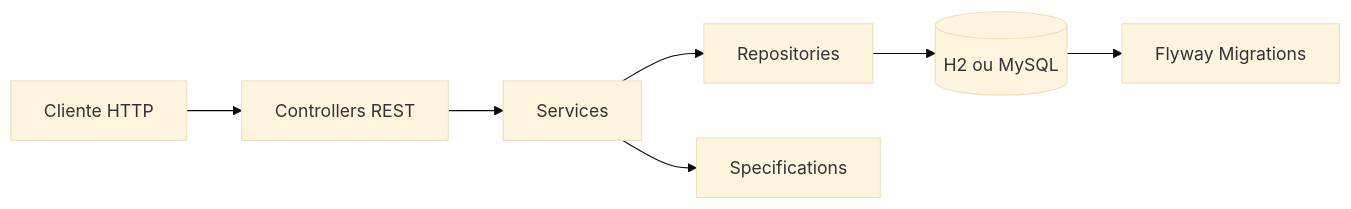
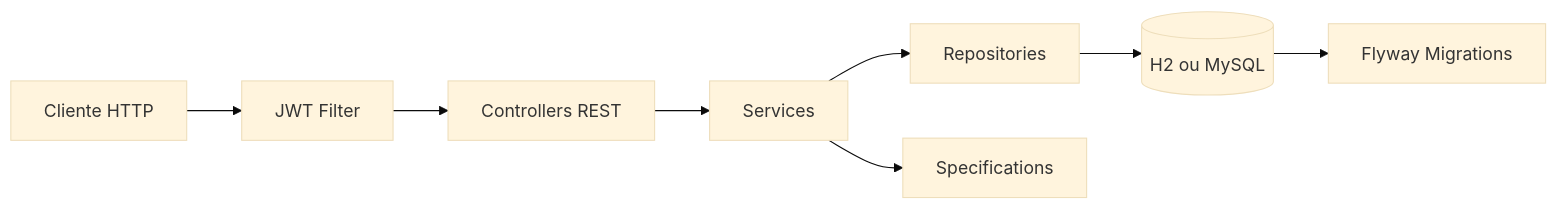
The first of 3 diagrams in README.md (silvio-tav/it-neocamp-partidas-futebol-api), drawn with Mermaid (base theme) before and after one commit. The commit also changed other lines of this file, not shown here.

Commit message:
doc: adicionando autenticação jwt

````diff
--- a/README.md
+++ b/README.md
@@ -83,10 +89,11 @@
 ```mermaid
 flowchart LR
-    Client[Cliente HTTP] --> Controller[Controllers REST]
+    Client[Cliente HTTP] --> Filter[JWT Filter]
+    Filter --> Controller[Controllers REST]
     Controller --> Service[Services]
     Service --> Repository[Repositories]
     Repository --> Database[(H2 ou MySQL)]
 
     Service --> Specification[Specifications]
     Database --> Flyway[Flyway Migrations]
 ```
````
